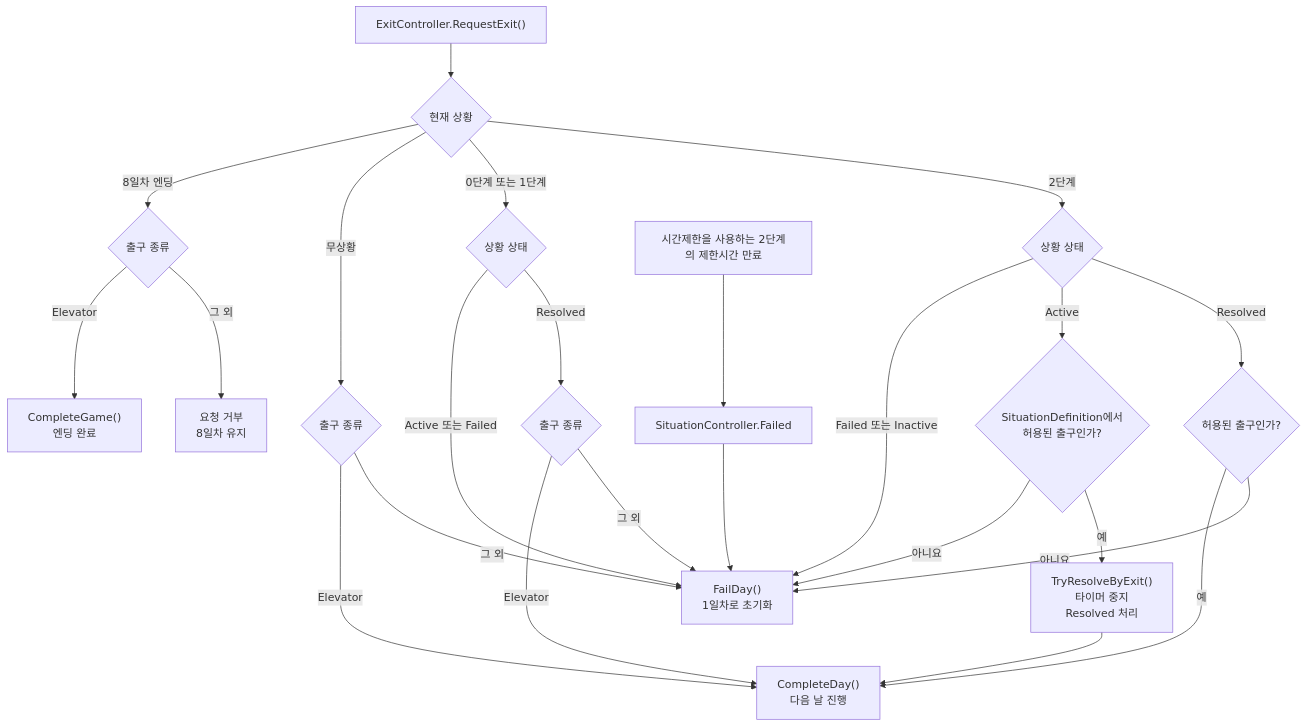
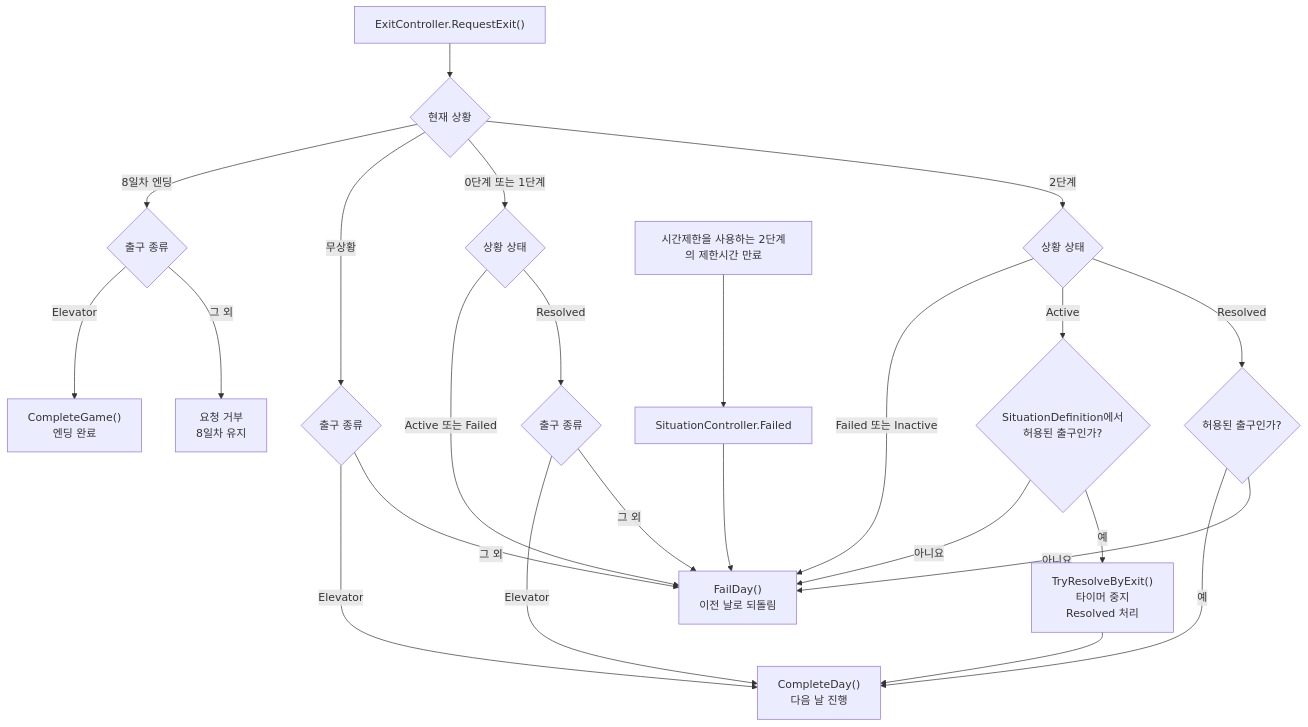
One commit to jeonghwan916/Virtual-Rescue changed the second of 2 diagrams in Docs/PLANforLoopSystem.md. Above: the diagram before and after it, drawn with Mermaid. The commit also changed other lines of this file and 3 other files, not shown here.

````diff
--- a/Docs/PLANforLoopSystem.md
+++ b/Docs/PLANforLoopSystem.md
@@ -241,33 +242,33 @@
 ```mermaid
 flowchart TD
     A["ExitController.RequestExit()"] --> B{"현재 상황"}
 
     B -->|8일차 엔딩| E8{"출구 종류"}
     E8 -->|Elevator| C8["CompleteGame()<br/>엔딩 완료"]
     E8 -->|그 외| R8["요청 거부<br/>8일차 유지"]
 
     B -->|무상황| NS{"출구 종류"}
     NS -->|Elevator| COMPLETE["CompleteDay()<br/>다음 날 진행"]
-    NS -->|그 외| FAIL["FailDay()<br/>1일차로 초기화"]
+    NS -->|그 외| FAIL["FailDay()<br/>이전 날로 되돌림"]
 
     B -->|"0단계 또는 1단계"| L01{"상황 상태"}
     L01 -->|"Active 또는 Failed"| FAIL
     L01 -->|Resolved| L01EXIT{"출구 종류"}
     L01EXIT -->|Elevator| COMPLETE
     L01EXIT -->|그 외| FAIL
 
     B -->|2단계| L2STATE{"상황 상태"}
     L2STATE -->|"Failed 또는 Inactive"| FAIL
     L2STATE -->|Active| L2EXIT{"SituationDefinition에서<br/>허용된 출구인가?"}
     L2STATE -->|Resolved| L2RESOLVED{"허용된 출구인가?"}
 
     L2EXIT -->|아니요| FAIL
     L2EXIT -->|예| RESOLVE["TryResolveByExit()<br/>타이머 중지<br/>Resolved 처리"]
     RESOLVE --> COMPLETE
 
     L2RESOLVED -->|예| COMPLETE
     L2RESOLVED -->|아니요| FAIL
 
     TIMER["시간제한을 사용하는 2단계의 제한시간 만료"] --> TFAIL["SituationController.Failed"]
     TFAIL --> FAIL
 ```
````
